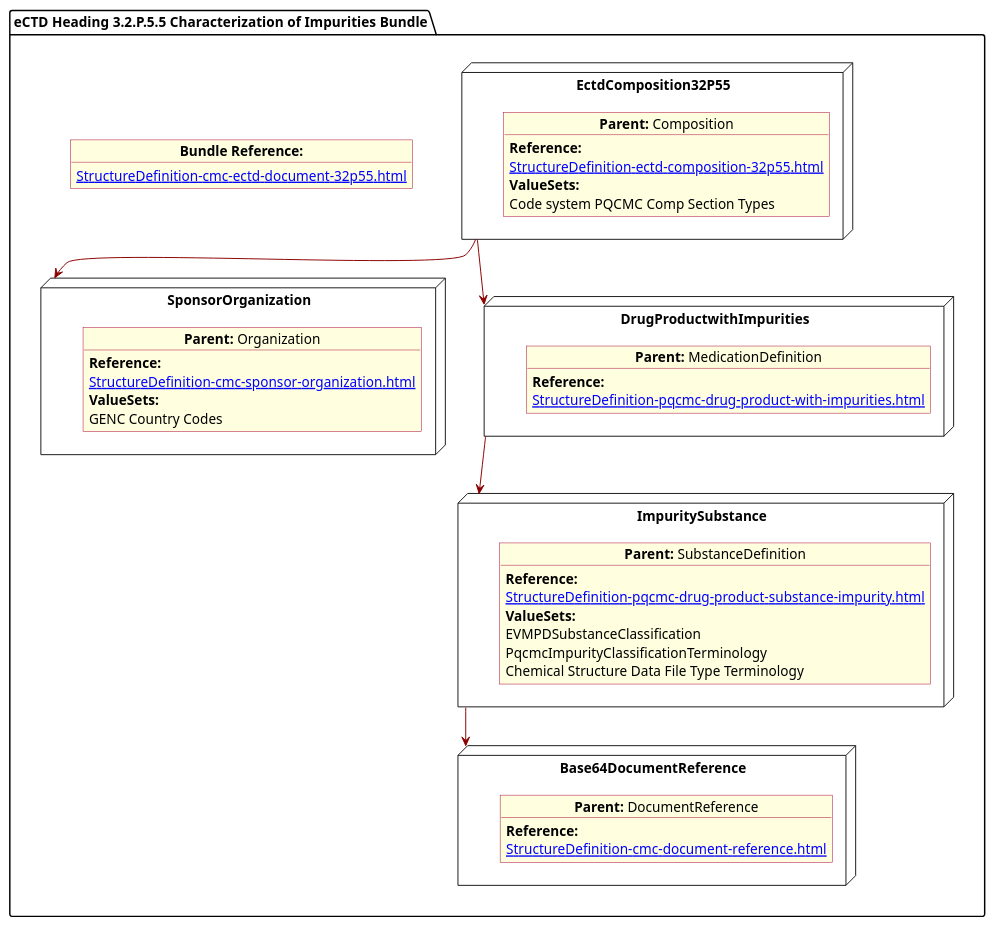
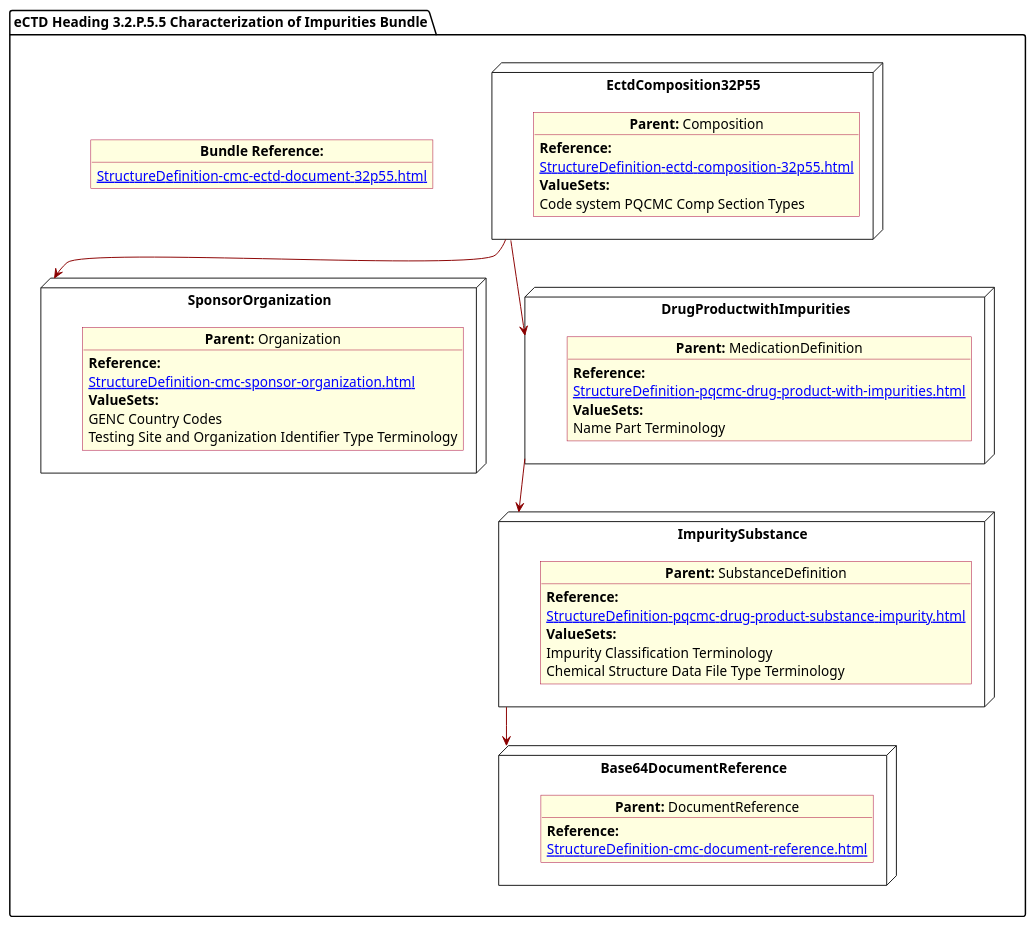
Before and after one commit to HL7/FHIR-us-pq-cmc-fda: the diagram in input/images-source/CharacImprity.plantuml, drawn with PlantUML. The commit also changed 24 other files, not shown here.

```diff
--- a/input/images-source/CharacImprity.plantuml
+++ b/input/images-source/CharacImprity.plantuml
@@ -1,64 +1,77 @@
 @startuml CharacImprity
 allowmixing
 'Mixed model of use case and object
 skinparam svgDimensionStyle false
 skinparam ObjectBackgroundColor LightYellow
 skinparam ObjectBorderColor #A80036
 skinparam activityDiamondBorderColor #A80036
 skinparam activityDiamondBackgroundColor lawnGreen
 skinparam ClassBorderThickness 4
 
 package "eCTD Heading 3.2.P.5.5 Characterization of Impurities Bundle" as NODES {
- 
-   object "**Bundle Reference:**" as objbun {
-              [[StructureDefinition-cmc-ectd-document-32p55.html]]
-    }  
 
-node "EctdComposition32P55" as N1 { 
-      object "**Parent:** Composition" as obj1 {
-           **Reference:**
-      [[StructureDefinition-ectd-composition-32p55.html]]   
-      **ValueSets:**
-  Code system PQCMC Comp Section Types
-    }
-}
-node "Base64DocumentReference" as NB64 { 
-      object "**Parent:** DocumentReference"  as obj64 {  
-       **Reference:**
-      [[StructureDefinition-cmc-document-reference.html]] 
-    }   
-}
- node "SponsorOrganization" as NSO { 
-      object "**Parent:** Organization" as objAu {
-         **Reference:**
-      [[StructureDefinition-cmc-sponsor-organization.html]]
-        **ValueSets:**
-        GENC Country Codes
-    }
-} 
-
-  node "DrugProductwithImpurities" as NN { 
-      object "**Parent:** MedicationDefinition" as obj3 {  
-         **Reference:**
-      [[StructureDefinition-pqcmc-drug-product-with-impurities.html]]    
-      }
+  object "**Bundle Reference:**" as objbun {
+    [[StructureDefinition-cmc-ectd-document-32p55.html]]
   }
 
-node "ImpuritySubstance" as N6 { 
-      object "**Parent:** SubstanceDefinition" as obj2 {
-           **Reference:**
-      [[StructureDefinition-pqcmc-drug-product-substance-impurity.html]]   
+
+  node "EctdComposition32P55" as N1 {
+
+    object "**Parent:** Composition" as obj1 {
+      **Reference:**
+      [[StructureDefinition-ectd-composition-32p55.html]]
       **ValueSets:**
-      EVMPDSubstanceClassification
-      PqcmcImpurityClassificationTerminology
+      Code system PQCMC Comp Section Types
+    }
+  }
+  node "Base64DocumentReference" as NB64 {
+
+    object "**Parent:** DocumentReference"  as obj64 {
+
+      **Reference:**
+      [[StructureDefinition-cmc-document-reference.html]]
+    }
+
+  }
+  node "SponsorOrganization" as NSO {
+
+    object "**Parent:** Organization" as objAu {
+      **Reference:**
+      [[StructureDefinition-cmc-sponsor-organization.html]]
+      **ValueSets:**
+      GENC Country Codes
+      Testing Site and Organization Identifier Type Terminology
+    }
+  }
+
+
+  node "DrugProductwithImpurities" as NN {
+
+    object "**Parent:** MedicationDefinition" as obj3 {
+
+      **Reference:**
+      [[StructureDefinition-pqcmc-drug-product-with-impurities.html]]
+      **ValueSets:**
+      Name Part Terminology
+    }
+  }
+
+  node "ImpuritySubstance" as N6 {
+
+    object "**Parent:** SubstanceDefinition" as obj2 {
+      **Reference:**
+      [[StructureDefinition-pqcmc-drug-product-substance-impurity.html]]
+      **ValueSets:**
+      Impurity Classification Terminology
       Chemical Structure Data File Type Terminology
-    }    
-}
+    }
 
-N1 -[#darkred]-> NSO  
-NN -[#darkred]-> N6
-N1 -[#darkred]-> NN
-N6 -[#darkred]-> NB64 
+  }
+
+  N1 -[#darkred]-> NSO
+  NN -[#darkred]-> N6
+  N1 -[#darkred]-> NN
+  N6 -[#darkred]-> NB64
 
 }
 @enduml
```
